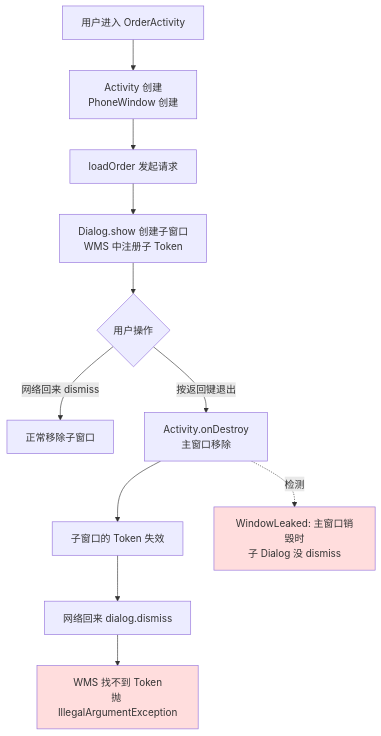
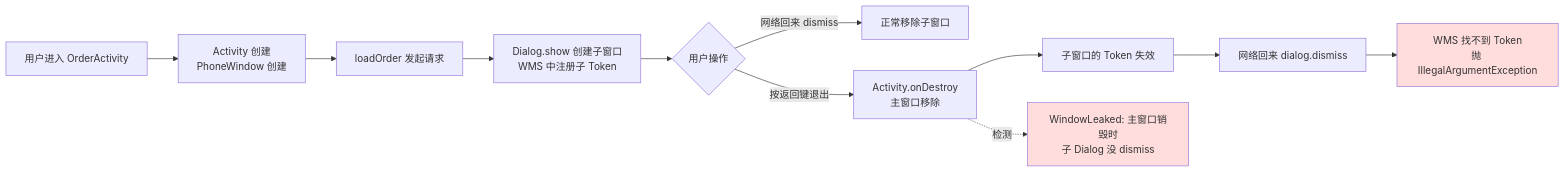
Before and after one commit to chongyang211/YCBookBlog: the second of 3 diagrams in 00.通用技术的提升/02.程序编程原理/05.交互和系统/5.1.窗口核心设计思想.md, drawn with Mermaid. The commit also changed other lines of this file and 37 other files, not shown here.

````diff
--- a/00.通用技术的提升/02.程序编程原理/05.交互和系统/5.1.窗口核心设计思想.md
+++ b/00.通用技术的提升/02.程序编程原理/05.交互和系统/5.1.窗口核心设计思想.md
@@ -174,15 +173,15 @@
 ```mermaid
-flowchart TB
+flowchart LR
     A[用户进入 OrderActivity] --> B[Activity 创建<br/>PhoneWindow 创建]
     B --> C[loadOrder 发起请求]
     C --> D[Dialog.show 创建子窗口<br/>WMS 中注册子 Token]
     D --> E{用户操作}
     E -->|网络回来 dismiss| F[正常移除子窗口]
     E -->|按返回键退出| G[Activity.onDestroy<br/>主窗口移除]
     G --> H[子窗口的 Token 失效]
     H --> I[网络回来 dialog.dismiss]
     I --> J[WMS 找不到 Token<br/>抛 IllegalArgumentException]
     G -.检测.-> K["WindowLeaked: 主窗口销毁时<br/>子 Dialog 没 dismiss"]
     style J fill:#fdd
     style K fill:#fdd
 ```
````
